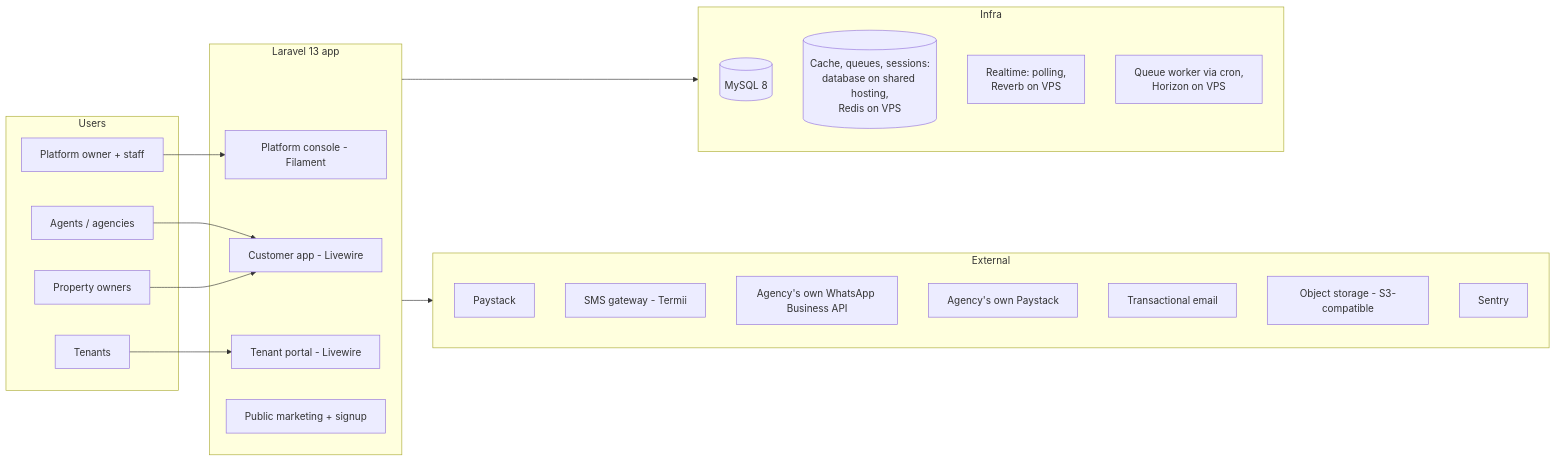
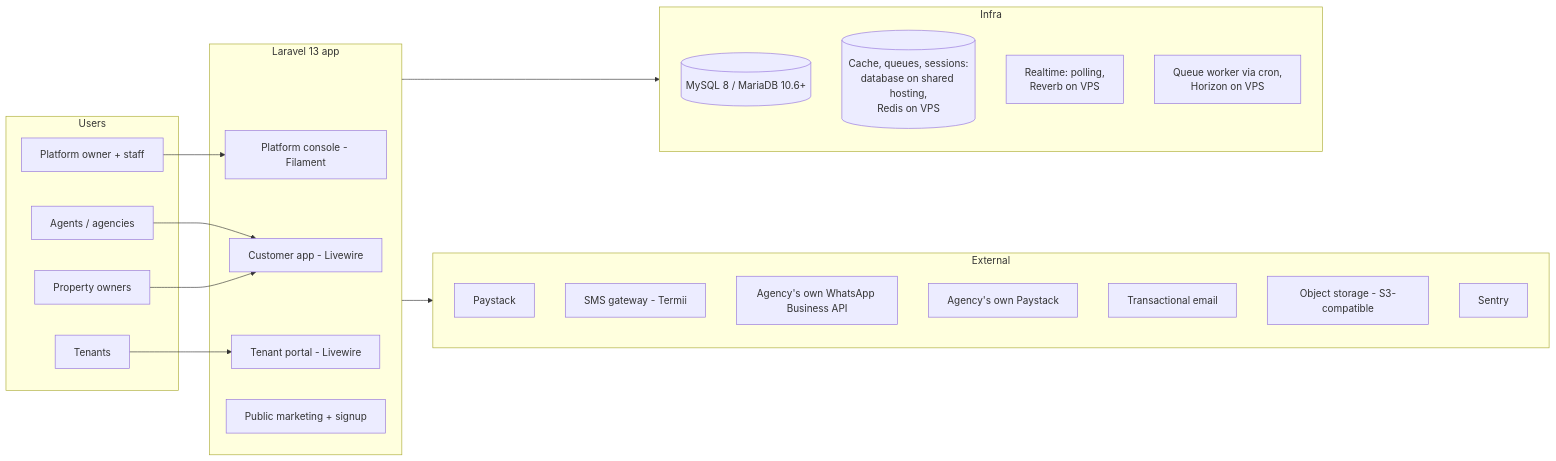
The diagram in ARCHITECTURE.md (thekingchild/Goproperty), drawn with Mermaid before and after one commit. The commit also changed other lines of this file and 12 other files, not shown here.

````diff
--- a/ARCHITECTURE.md
+++ b/ARCHITECTURE.md
@@ -9,41 +9,41 @@
 ```mermaid
 flowchart LR
     subgraph Users
         PO[Platform owner + staff]
         AG[Agents / agencies]
         OW[Property owners]
         TE[Tenants]
     end
 
     subgraph GoProperty[Laravel 13 app]
         ADM[Platform console - Filament]
         APP[Customer app - Livewire]
         TP[Tenant portal - Livewire]
         API[Public marketing + signup]
     end
 
     PO --> ADM
     AG --> APP
     OW --> APP
     TE --> TP
 
     subgraph Infra
-        DB[(MySQL 8)]
+        DB[(MySQL 8 / MariaDB 10.6+)]
         RD[(Cache, queues, sessions:\ndatabase on shared hosting,\nRedis on VPS)]
         RV[Realtime: polling,\nReverb on VPS]
         WK[Queue worker via cron,\nHorizon on VPS]
     end
 
     subgraph External
         PAY[Paystack]
         SMS[SMS gateway - Termii]
         WA[Agency's own WhatsApp Business API]
         APS[Agency's own Paystack]
         MAIL[Transactional email]
         S3[Object storage - S3-compatible]
         SNT[Sentry]
     end
 
     GoProperty --> Infra
     GoProperty --> External
 ```
````
